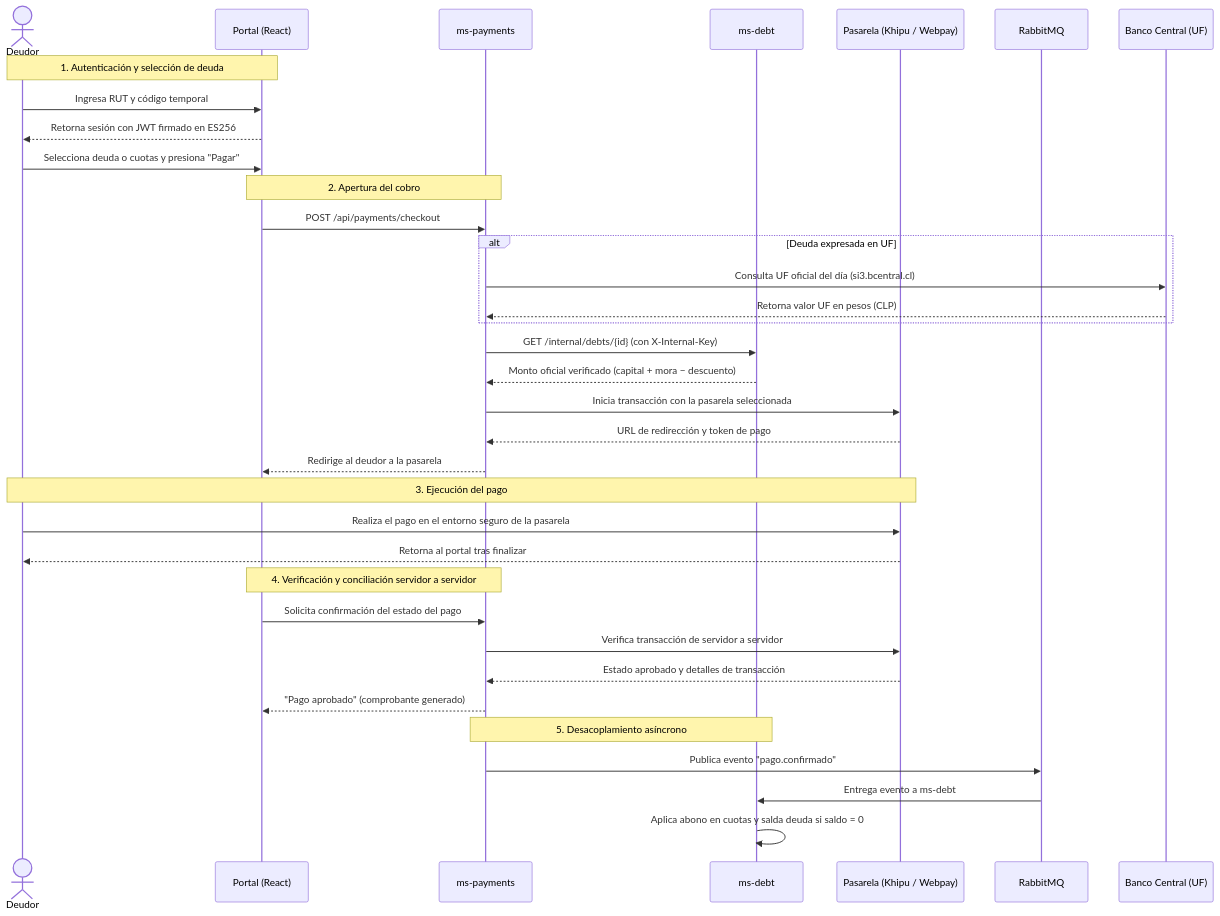
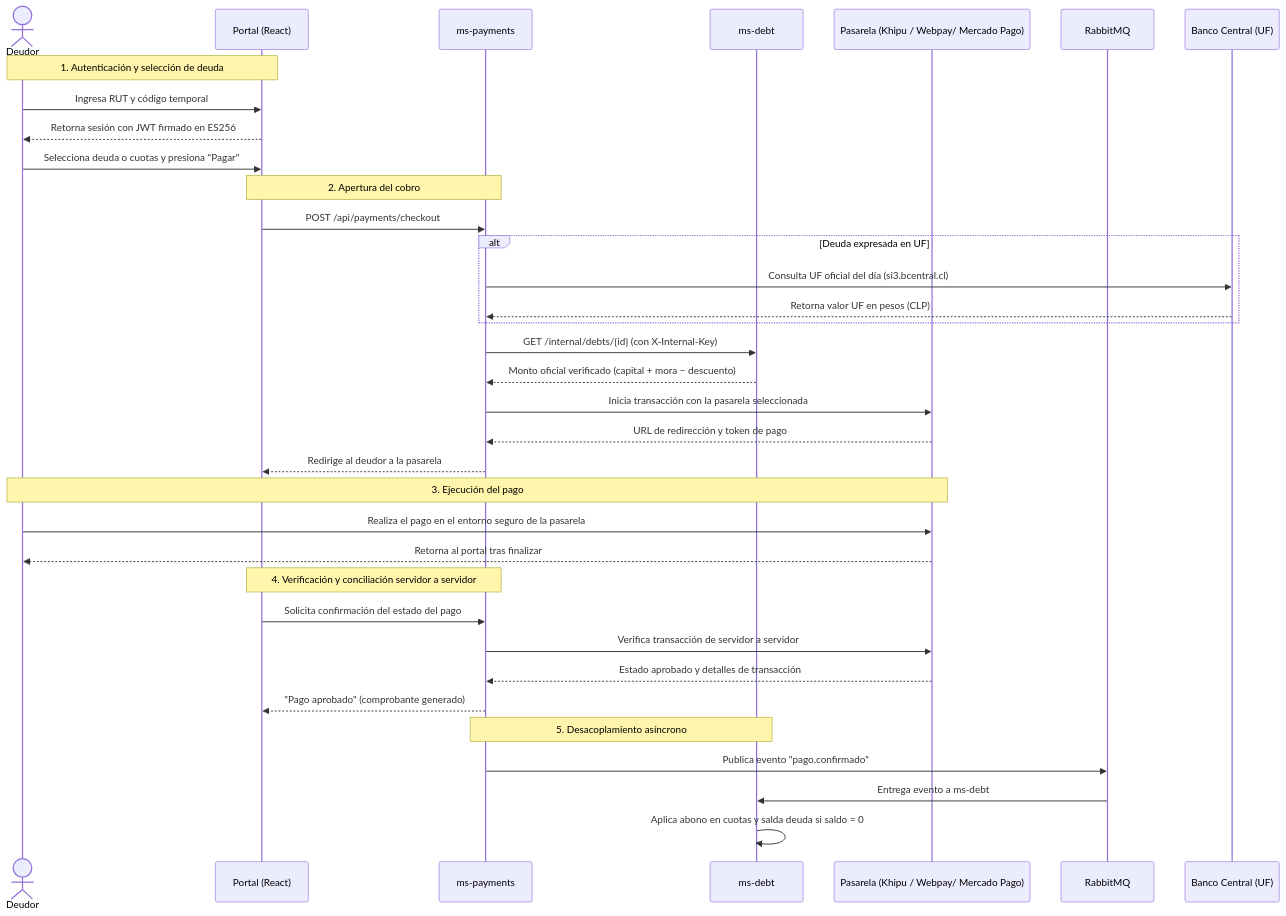
Before and after one commit to TechnicalBridge/DataBridge: the diagram in README.md, drawn with Mermaid. The commit also changed other lines of this file, not shown here.

Commit message:
Eliminacion de diagrama duplicado

````diff
--- a/README.md
+++ b/README.md
@@ -287,42 +286,42 @@
 ```mermaid
 sequenceDiagram
     actor D as Deudor
     participant P as Portal (React)
     participant Y as ms-payments
     participant M as ms-debt
-    participant K as Pasarela (Khipu / Webpay)
+    participant K as Pasarela (Khipu / Webpay/ Mercado Pago)
     participant R as RabbitMQ
     participant B as Banco Central (UF)
 
     Note over D,P: 1. Autenticación y selección de deuda
     D->>P: Ingresa RUT y código temporal
     P-->>D: Retorna sesión con JWT firmado en ES256
     D->>P: Selecciona deuda o cuotas y presiona "Pagar"
 
     Note over P,Y: 2. Apertura del cobro
     P->>Y: POST /api/payments/checkout
     alt Deuda expresada en UF
         Y->>B: Consulta UF oficial del día (si3.bcentral.cl)
         B-->>Y: Retorna valor UF en pesos (CLP)
     end
     Y->>M: GET /internal/debts/{id} (con X-Internal-Key)
     M-->>Y: Monto oficial verificado (capital + mora − descuento)
     Y->>K: Inicia transacción con la pasarela seleccionada
     K-->>Y: URL de redirección y token de pago
     Y-->>P: Redirige al deudor a la pasarela
 
     Note over D,K: 3. Ejecución del pago
     D->>K: Realiza el pago en el entorno seguro de la pasarela
     K-->>D: Retorna al portal tras finalizar
 
     Note over P,Y: 4. Verificación y conciliación servidor a servidor
     P->>Y: Solicita confirmación del estado del pago
     Y->>K: Verifica transacción de servidor a servidor
     K-->>Y: Estado aprobado y detalles de transacción
     Y-->>P: "Pago aprobado" (comprobante generado)
 
     Note over Y,M: 5. Desacoplamiento asíncrono
     Y->>R: Publica evento "pago.confirmado"
     R->>M: Entrega evento a ms-debt
     M->>M: Aplica abono en cuotas y salda deuda si saldo = 0
 ```
````
